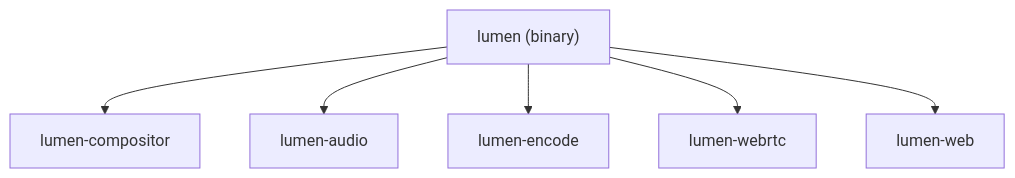
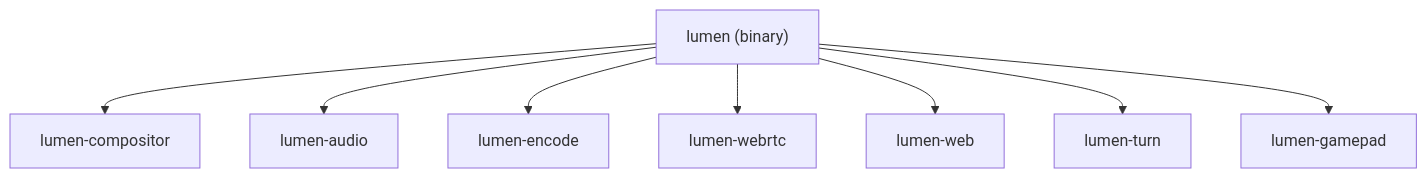
One commit to swedishborgie/lumen changed the first of 8 diagrams in docs/architecture.md. Above: the diagram before and after it, drawn with Mermaid. The commit also changed 12 other files, not shown here.

````diff
--- a/docs/architecture.md
+++ b/docs/architecture.md
@@ -9,15 +9,19 @@
 ```mermaid
 graph TD
     main["lumen (binary)"]
     comp["lumen-compositor"]
     audio["lumen-audio"]
     enc["lumen-encode"]
     webrtc["lumen-webrtc"]
     web["lumen-web"]
+    turn["lumen-turn"]
+    gamepad["lumen-gamepad"]
 
     main --> comp
     main --> audio
     main --> enc
     main --> webrtc
     main --> web
+    main --> turn
+    main --> gamepad
 ```
````
